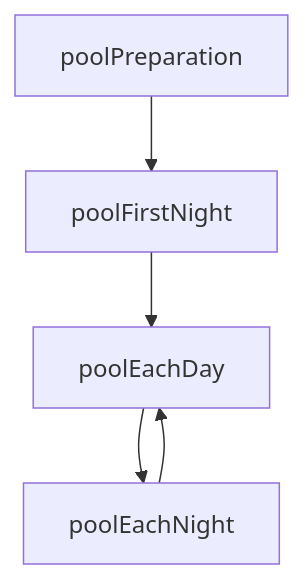
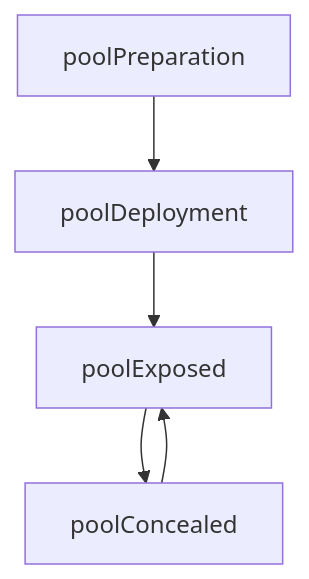
Before and after one commit to juanramonmorandeira/castronegro-director: the second of 2 diagrams in docs/phase_flow_recovered.md, drawn with Mermaid. The commit also changed other lines of this file and 29 other files, not shown here.

````diff
--- a/docs/phase_flow_recovered.md
+++ b/docs/phase_flow_recovered.md
@@ -104,7 +104,7 @@
 ```mermaid
 flowchart TD
-  A[poolPreparation] --> B[poolFirstNight]
-  B --> C[poolEachDay]
-  C --> D[poolEachNight]
+  A[poolPreparation] --> B[poolDeployment]
+  B --> C[poolExposed]
+  C --> D[poolConcealed]
   D --> C
 ```
````
